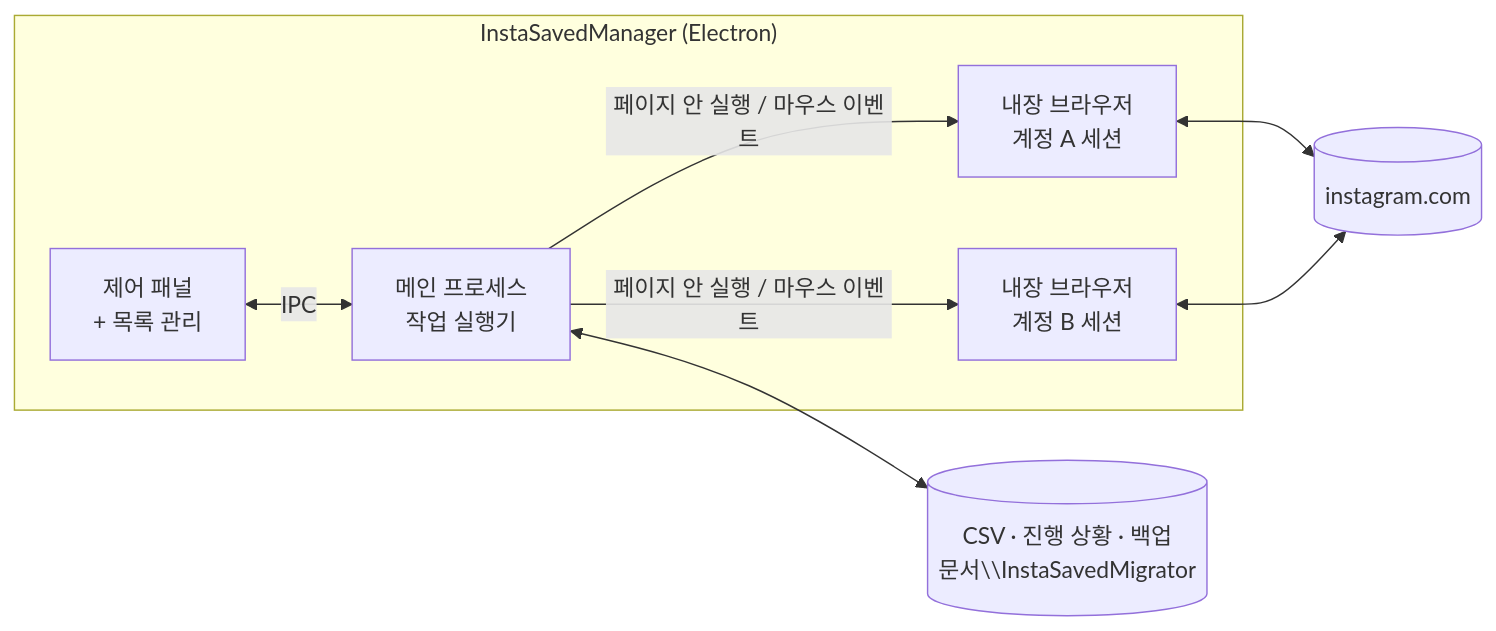
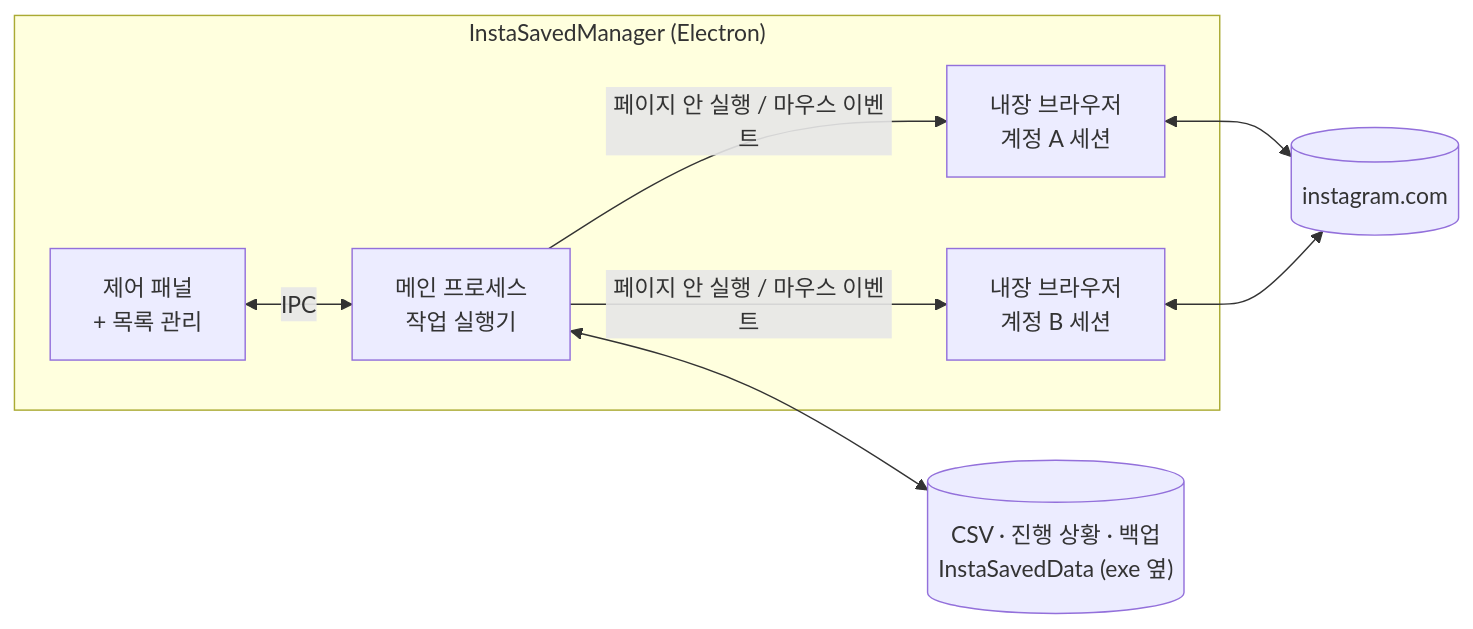
One commit to UniverseMaker/Instagram-Saved-Transfer-and-Remove-Manager changed the third of 4 diagrams in README.md. Above: the diagram before and after it, drawn with Mermaid. The commit also changed other lines of this file and 11 other files, not shown here.

First line of the commit message:
Keep work files in an InstaSavedData folder next to the app

````diff
--- a/README.md
+++ b/README.md
@@ -563,18 +566,18 @@
 ```mermaid
 flowchart LR
   subgraph App["InstaSavedManager (Electron)"]
     UI["제어 패널<br/>+ 목록 관리"]
     Main["메인 프로세스<br/>작업 실행기"]
     A["내장 브라우저<br/>계정 A 세션"]
     B["내장 브라우저<br/>계정 B 세션"]
   end
   IG[("instagram.com")]
-  Disk[("CSV · 진행 상황 · 백업<br/>문서\\InstaSavedMigrator")]
+  Disk[("CSV · 진행 상황 · 백업<br/>InstaSavedData (exe 옆)")]
 
   UI <-- IPC --> Main
   Main -- "페이지 안 실행 / 마우스 이벤트" --> A
   Main -- "페이지 안 실행 / 마우스 이벤트" --> B
   A <--> IG
   B <--> IG
   Main <--> Disk
 ```
````
